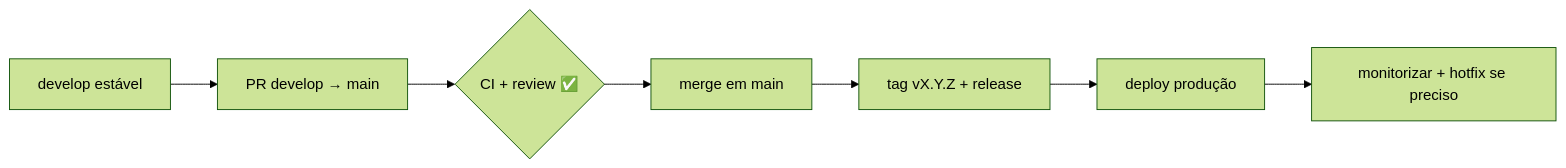
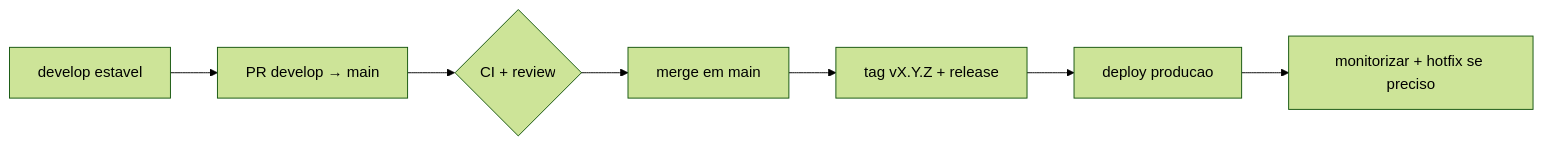
The third of 3 diagrams in 08-Workflows-Profissionais/02-Workflow-Cuidar-Angola.md (BerniloBernardo-boot/Git-e-GitHub), drawn with Mermaid (forest theme) before and after one commit. The commit also changed other lines of this file and 27 other files, not shown here.

````diff
--- a/08-Workflows-Profissionais/02-Workflow-Cuidar-Angola.md
+++ b/08-Workflows-Profissionais/02-Workflow-Cuidar-Angola.md
@@ -97,9 +115,9 @@
 ```mermaid
 flowchart LR
-    D[develop estável] --> PR[PR develop → main]
-    PR --> CI{CI + review ✅}
-    CI --> M[merge em main]
-    M --> T[tag vX.Y.Z + release]
-    T --> DEP[deploy produção]
-    DEP --> MON[monitorizar + hotfix se preciso]
+    D["develop estavel"] --> PR["PR develop → main"]
+    PR --> CI{"CI + review"}
+    CI --> M["merge em main"]
+    M --> T["tag vX.Y.Z + release"]
+    T --> DEP["deploy producao"]
+    DEP --> MON["monitorizar + hotfix se preciso"]
 ```
````
